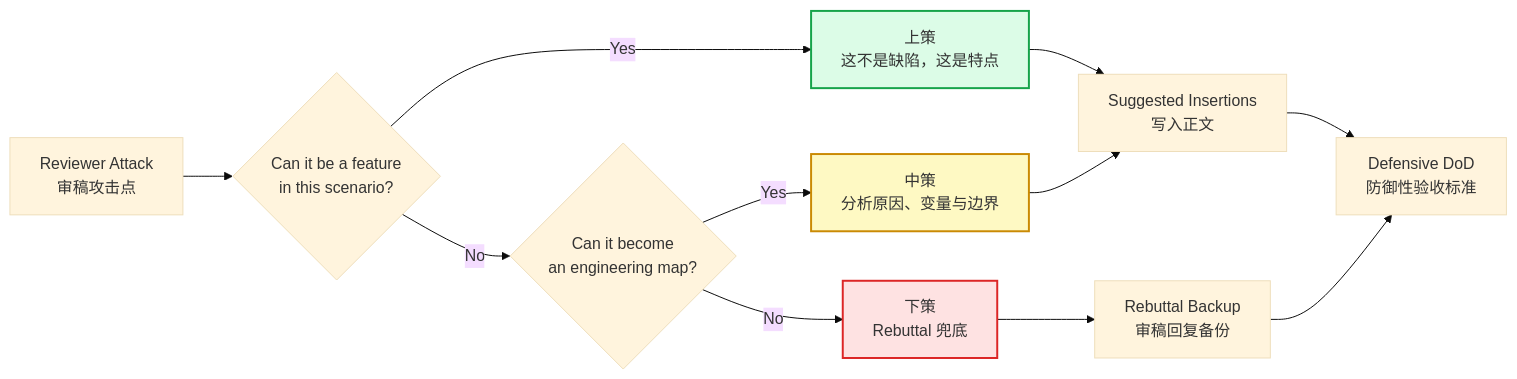
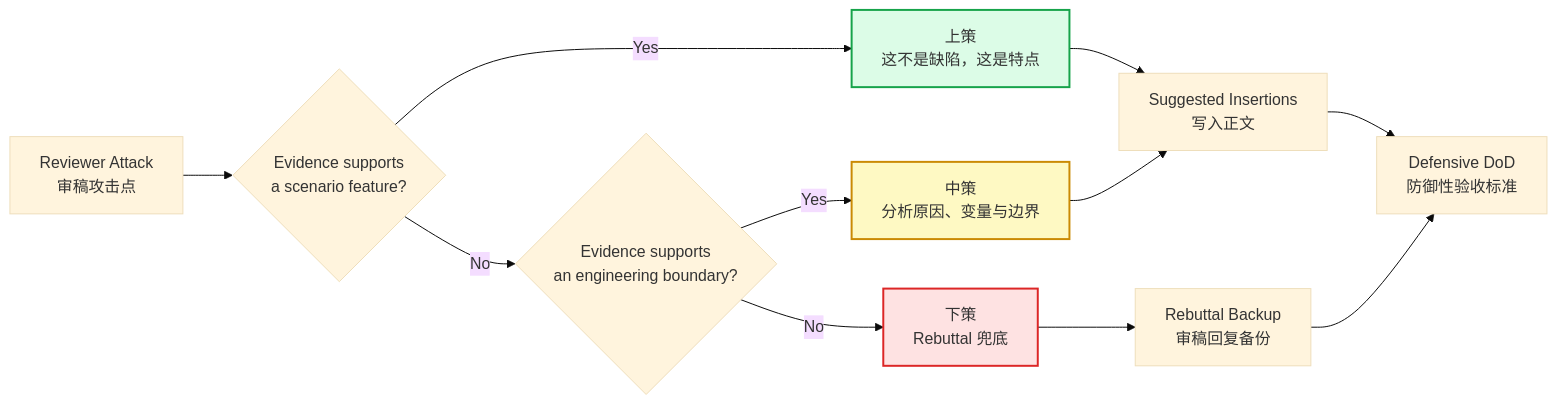
One commit to donghuixin/AI-Vibe-Writing-Skills changed the third of 3 diagrams in README.md. Above: the diagram before and after it, drawn with Mermaid (base theme). The commit also changed other lines of this file and 19 other files, not shown here.

````diff
--- a/README.md
+++ b/README.md
@@ -196,18 +284,18 @@
 ```mermaid
 flowchart LR
-    A["Reviewer Attack<br/>审稿攻击点"] --> B{"Can it be a feature<br/>in this scenario?"}
+    A["Reviewer Attack<br/>审稿攻击点"] --> B{"Evidence supports<br/>a scenario feature?"}
     B -->|Yes| U["上策<br/>这不是缺陷，这是特点"]
-    B -->|No| C{"Can it become<br/>an engineering map?"}
+    B -->|No| C{"Evidence supports<br/>an engineering boundary?"}
     C -->|Yes| M["中策<br/>分析原因、变量与边界"]
     C -->|No| L["下策<br/>Rebuttal 兜底"]
 
     U --> D["Suggested Insertions<br/>写入正文"]
     M --> D
     L --> E["Rebuttal Backup<br/>审稿回复备份"]
     D --> F["Defensive DoD<br/>防御性验收标准"]
     E --> F
 
     style U fill:#dcfce7,stroke:#16a34a,stroke-width:2px
     style M fill:#fef9c3,stroke:#ca8a04,stroke-width:2px
     style L fill:#fee2e2,stroke:#dc2626,stroke-width:2px
 ```
````
